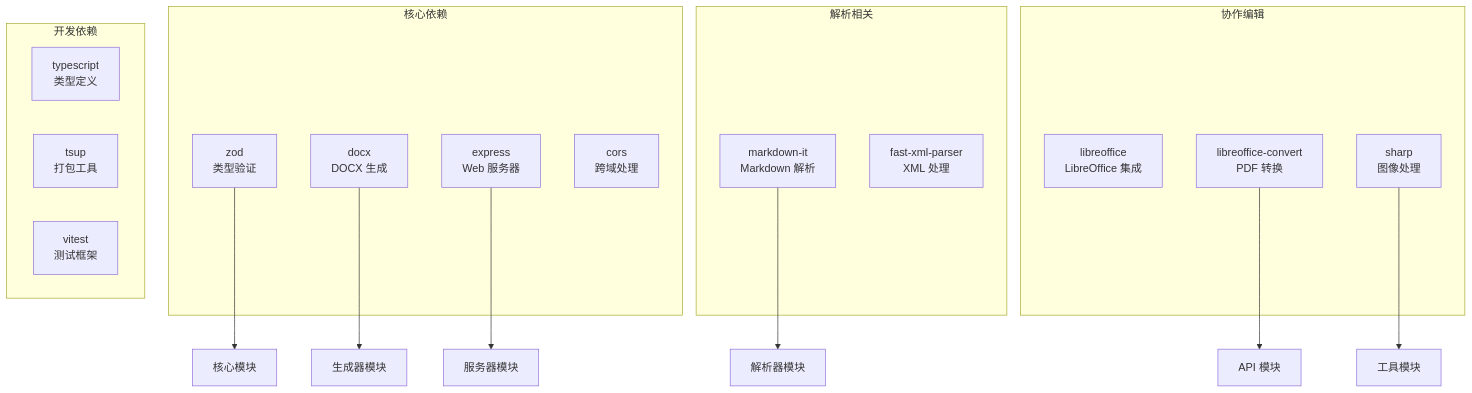
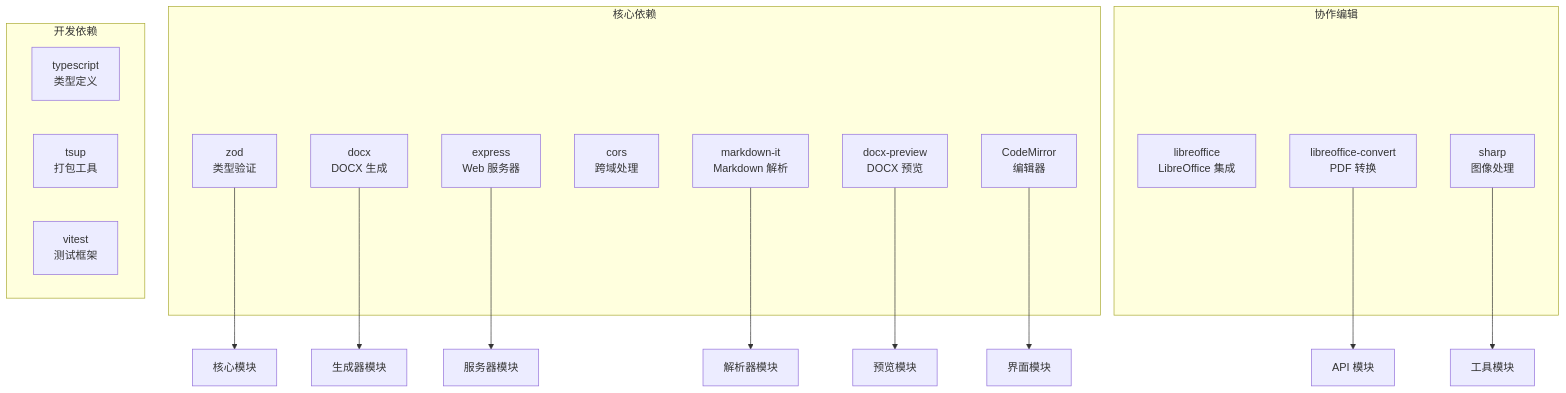
Before and after one commit to wanwushelie/markdown-to-word-studio: diagram 12 of 12 in .lingma/repowiki/zh/content/用户指南/前端界面现代化.md, drawn with Mermaid. The commit also changed other lines of this file and 7 other files, not shown here.

````diff
--- a/.lingma/repowiki/zh/content/用户指南/前端界面现代化.md
+++ b/.lingma/repowiki/zh/content/用户指南/前端界面现代化.md
@@ -451,29 +602,30 @@
 ```mermaid
 graph TB
 subgraph "核心依赖"
 Zod[zod<br/>类型验证]
 Docx[docx<br/>DOCX 生成]
 Express[express<br/>Web 服务器]
 Cors[cors<br/>跨域处理]
-end
-subgraph "解析相关"
-MarkdownIt[markdown-it<br/>Markdown 解析]
-FastXML[fast-xml-parser<br/>XML 处理]
+markdown-it[markdown-it<br/>Markdown 解析]
+docx-preview[docx-preview<br/>DOCX 预览]
+CodeMirror[CodeMirror<br/>编辑器]
 end
 subgraph "协作编辑"
 LibreOffice[libreoffice<br/>LibreOffice 集成]
 LibreConvert[libreoffice-convert<br/>PDF 转换]
 Sharp[sharp<br/>图像处理]
 end
 subgraph "开发依赖"
 TypeScript[typescript<br/>类型定义]
 Tsup[tsup<br/>打包工具]
 Vitest[vitest<br/>测试框架]
 end
 Zod --> Core[核心模块]
 Docx --> Generator[生成器模块]
 Express --> Server[服务器模块]
-MarkdownIt --> Parser[解析器模块]
+markdown-it --> Parser[解析器模块]
+docx-preview --> Preview[预览模块]
+CodeMirror --> UI[界面模块]
 LibreConvert --> API[API 模块]
 Sharp --> Utils[工具模块]
 ```
````
